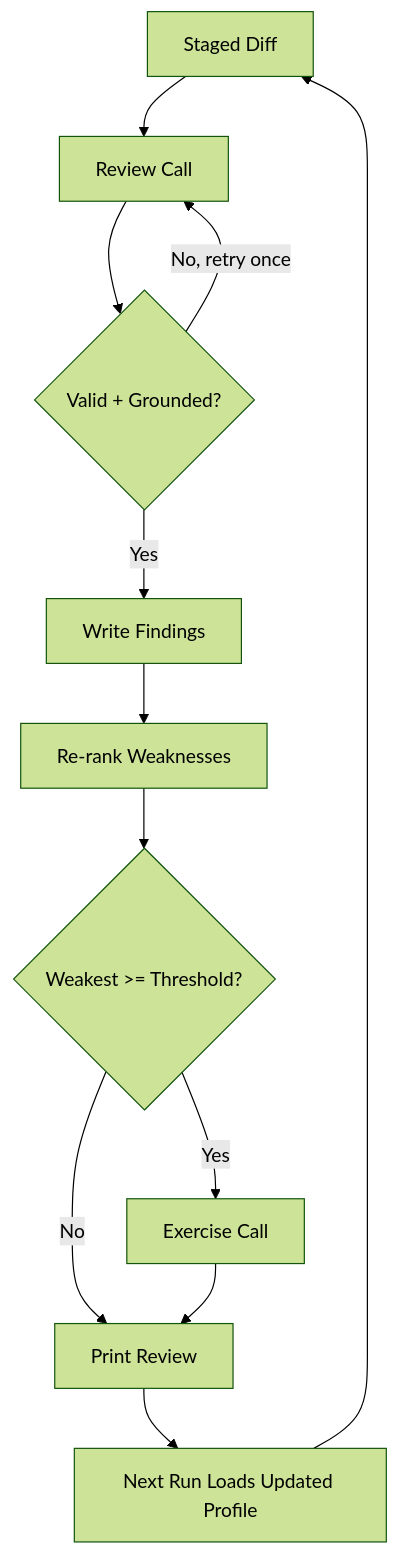
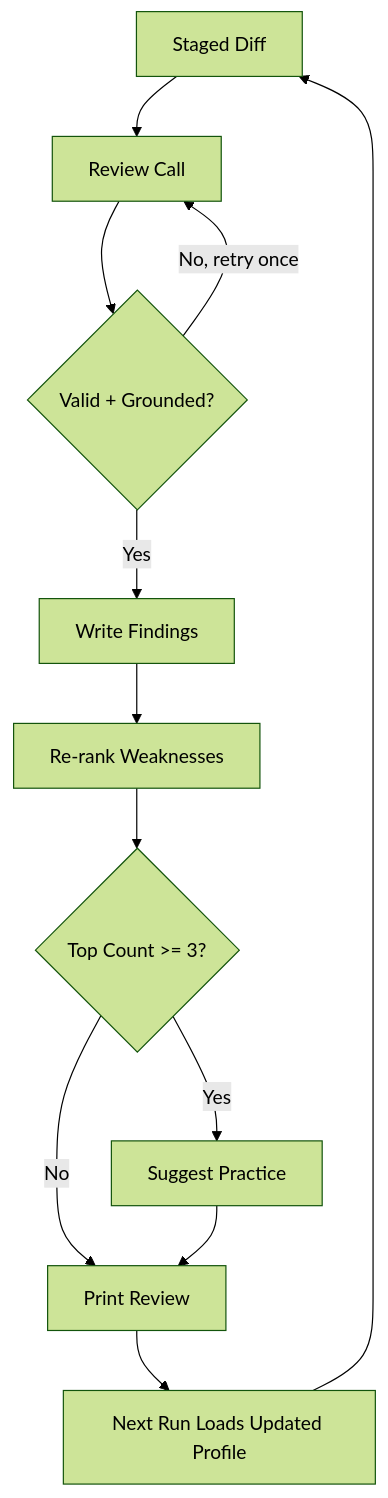
The third of 3 diagrams in README.md (Ansh-gajbhiye/DevMate), drawn with Mermaid (forest theme) before and after one commit. The commit also changed other lines of this file, not shown here.

````diff
--- a/README.md
+++ b/README.md
@@ -141,14 +137,14 @@
 ```mermaid
 flowchart TD
     S[Staged Diff] --> R[Review Call]
     R --> V{Valid + Grounded?}
     V -- No, retry once --> R
     V -- Yes --> W[Write Findings]
     W --> P[Re-rank Weaknesses]
-    P --> T{Weakest >= Threshold?}
-    T -- Yes --> E[Exercise Call]
+    P --> T{Top Count >= 3?}
+    T -- Yes --> E[Suggest Practice]
     T -- No --> D[Print Review]
     E --> D
     D --> N[Next Run Loads Updated Profile]
     N --> S
 ```
````
